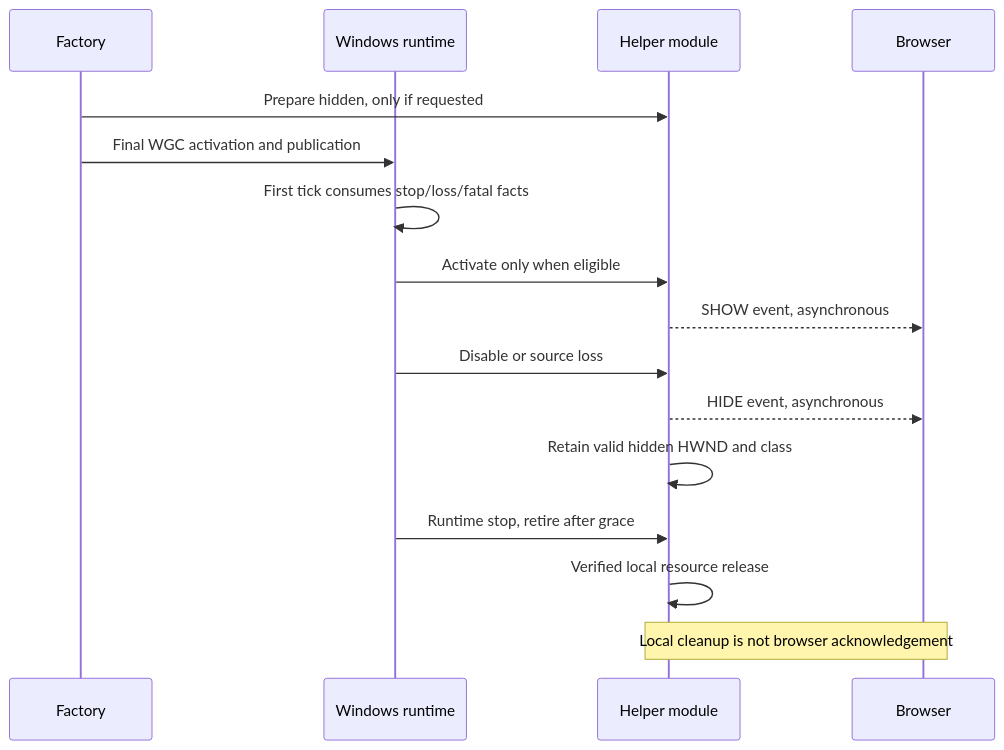
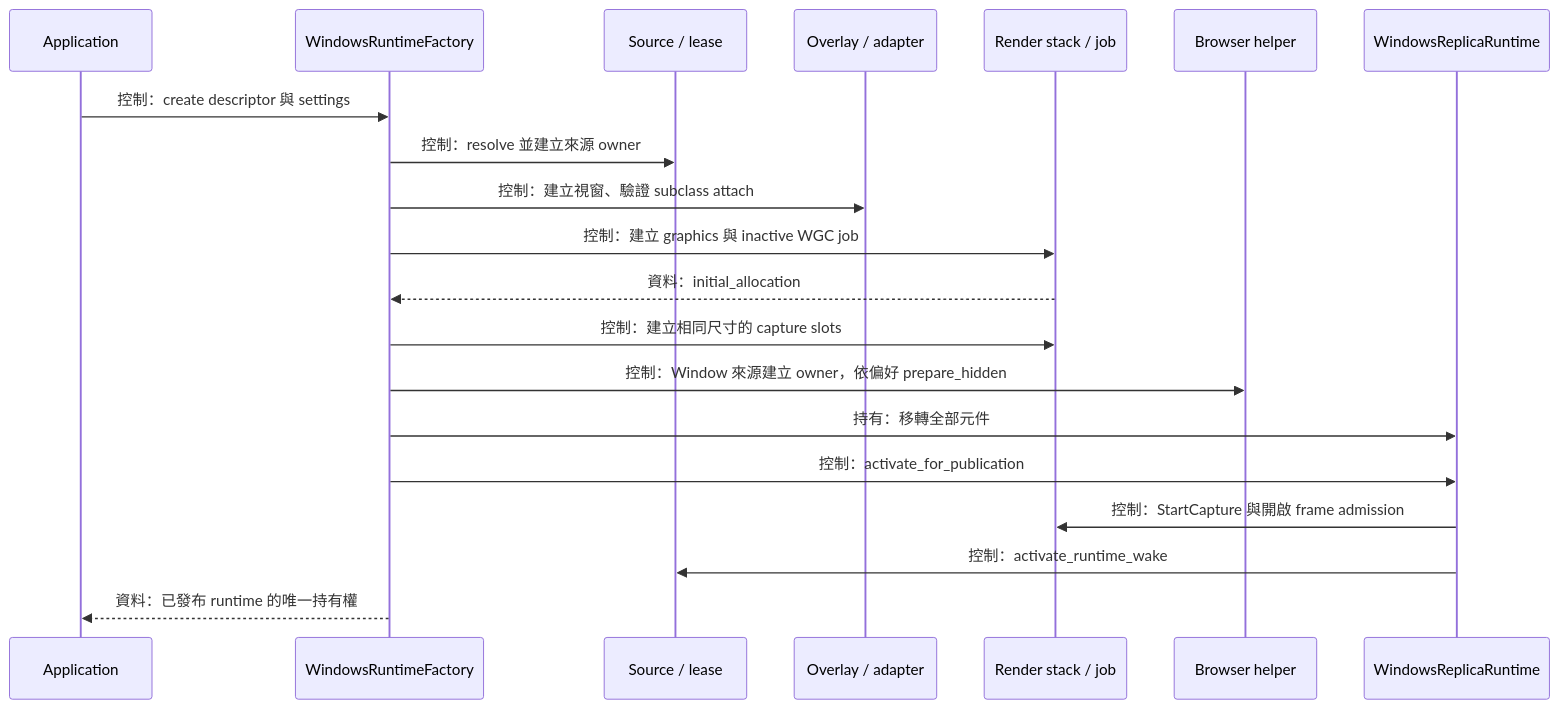
One commit to Mes0903/avb0795 changed the second of 17 diagrams in docs/architecture/windows-runtime-overlay.md. Above: the diagram before and after it, drawn with Mermaid. The commit also changed other lines of this file and 156 other files, not shown here.

````diff
--- a/docs/architecture/windows-runtime-overlay.md
+++ b/docs/architecture/windows-runtime-overlay.md
@@ -82,18 +38,22 @@
 ```mermaid
 sequenceDiagram
-    participant F as Factory
-    participant R as Windows runtime
-    participant H as Helper module
-    participant B as Browser
-    F->>H: Prepare hidden, only if requested
-    F->>R: Final WGC activation and publication
-    R->>R: First tick consumes stop/loss/fatal facts
-    R->>H: Activate only when eligible
-    H-->>B: SHOW event, asynchronous
-    R->>H: Disable or source loss
-    H-->>B: HIDE event, asynchronous
-    H->>H: Retain valid hidden HWND and class
-    R->>H: Runtime stop, retire after grace
-    H->>H: Verified local resource release
-    Note over H,B: Local cleanup is not browser acknowledgement
+    participant A as Application
+    participant F as WindowsRuntimeFactory
+    participant S as Source / lease
+    participant O as Overlay / adapter
+    participant G as Render stack / job
+    participant H as Browser helper
+    participant R as WindowsReplicaRuntime
+    A->>F: 控制：create descriptor 與 settings
+    F->>S: 控制：resolve 並建立來源 owner
+    F->>O: 控制：建立視窗、驗證 subclass attach
+    F->>G: 控制：建立 graphics 與 inactive WGC job
+    G-->>F: 資料：initial_allocation
+    F->>G: 控制：建立相同尺寸的 capture slots
+    F->>H: 控制：Window 來源建立 owner，依偏好 prepare_hidden
+    F->>R: 持有：移轉全部元件
+    F->>R: 控制：activate_for_publication
+    R->>G: 控制：StartCapture 與開啟 frame admission
+    R->>S: 控制：activate_runtime_wake
+    F-->>A: 資料：已發布 runtime 的唯一持有權
 ```
````
